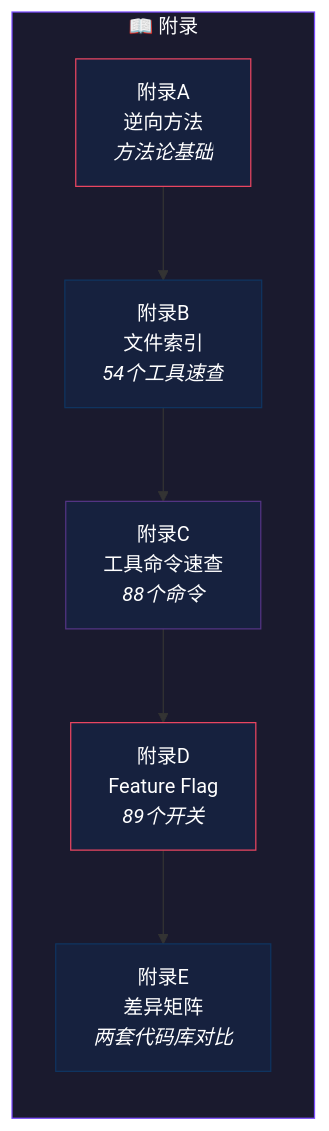
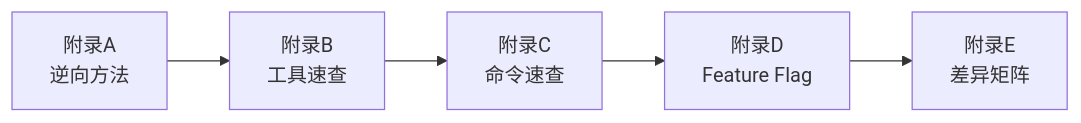
Before and after one commit to wangedoo518/claude-code-book: the diagram in docs/appendices/index.md, drawn with Mermaid. The commit also changed other lines of this file and 25 other files, not shown here.

````diff
--- a/docs/appendices/index.md
+++ b/docs/appendices/index.md
@@ -19,23 +19,7 @@
 ```mermaid
 flowchart LR
-    subgraph 附录["📖 附录"]
-        direction TB
-        AA["附录A<br/>逆向方法<br/><i>方法论基础</i>"]
-        AB["附录B<br/>文件索引<br/><i>54个工具速查</i>"]
-        AC["附录C<br/>工具命令速查<br/><i>88个命令</i>"]
-        AD["附录D<br/>Feature Flag<br/><i>89个开关</i>"]
-        AE["附录E<br/>差异矩阵<br/><i>两套代码库对比</i>"]
-    end
-
-    AA --> AB
-    AB --> AC
-    AC --> AD
-    AD --> AE
-
-    style 附录 fill:#1a1a2e,stroke:#7c4dff,color:#fff
-    style AA fill:#16213e,stroke:#e94560,color:#fff
-    style AB fill:#16213e,stroke:#0f3460,color:#fff
-    style AC fill:#16213e,stroke:#533483,color:#fff
-    style AD fill:#16213e,stroke:#e94560,color:#fff
-    style AE fill:#16213e,stroke:#0f3460,color:#fff
+    A["附录A<br/>逆向方法"] --> B["附录B<br/>工具速查"]
+    B --> C["附录C<br/>命令速查"]
+    C --> D["附录D<br/>Feature Flag"]
+    D --> E["附录E<br/>差异矩阵"]
 ```
````
